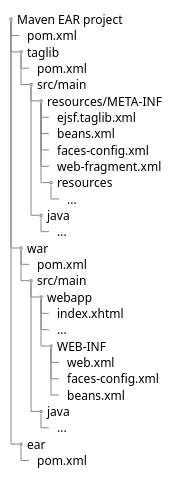
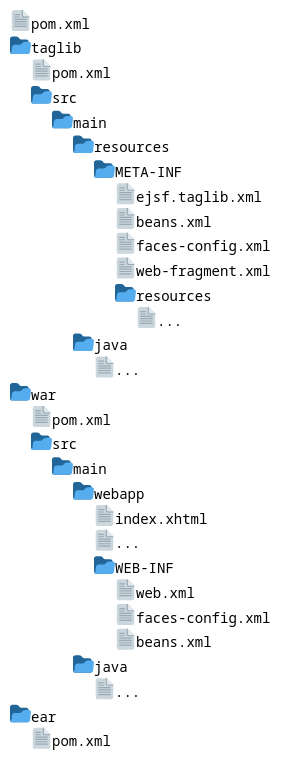
Before and after one commit to e-Contract/enterprise-jsf: the diagram in doc/ear-structure.puml, drawn with PlantUML. The commit also changed 3 other files, not shown here.

Commit message:
improved directory structure diagrams

```diff
--- a/doc/ear-structure.puml
+++ b/doc/ear-structure.puml
@@ -1,41 +1,25 @@
-@startsalt
+@startfiles
 
 ' Enterprise JSF project.
 '
-' Copyright 2021-2023 e-Contract.be BV. All rights reserved.
+' Copyright 2021-2024 e-Contract.be BV. All rights reserved.
 ' e-Contract.be BV proprietary/confidential. Use is subject to license terms.
 
-{
-    {T
-        + Maven EAR project
-            ++ pom.xml
-            ++ taglib
-                +++ pom.xml
-                +++ src/main
-                    ++++ resources/META-INF
-                        +++++ ejsf.taglib.xml
-                        +++++ beans.xml
-                        +++++ faces-config.xml
-                        +++++ web-fragment.xml
-                        +++++ resources
-                            ++++++ ...
-                    ++++ java
-                        +++++ ...
-            ++ war
-                +++ pom.xml
-                +++ src/main
-                    ++++ webapp
-                        +++++ index.xhtml
-                        +++++ ...
-                        +++++ WEB-INF
-                            ++++++ web.xml
-                            ++++++ faces-config.xml
-                            ++++++ beans.xml
-                    ++++ java
-                        +++++ ...
-            ++ ear
-                +++ pom.xml
-    }
-}
+/pom.xml
+/taglib/pom.xml
+/taglib/src/main/resources/META-INF/ejsf.taglib.xml
+/taglib/src/main/resources/META-INF/beans.xml
+/taglib/src/main/resources/META-INF/faces-config.xml
+/taglib/src/main/resources/META-INF/web-fragment.xml
+/taglib/src/main/resources/META-INF/resources/...
+/taglib/src/main/java/...
+/war/pom.xml
+/war/src/main/webapp/index.xhtml
+/war/src/main/webapp/...
+/war/src/main/webapp/WEB-INF/web.xml
+/war/src/main/webapp/WEB-INF/faces-config.xml
+/war/src/main/webapp/WEB-INF/beans.xml
+/war/src/main/java/...
+/ear/pom.xml
 
-@endsalt
+@endfiles
```
